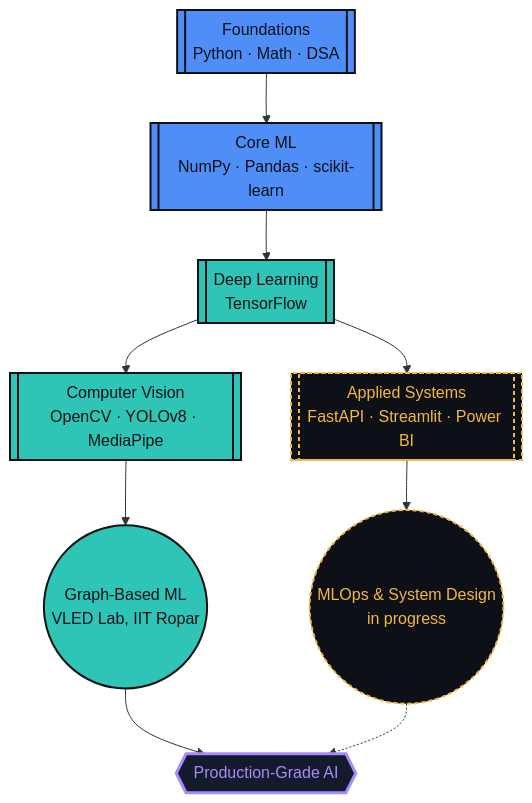
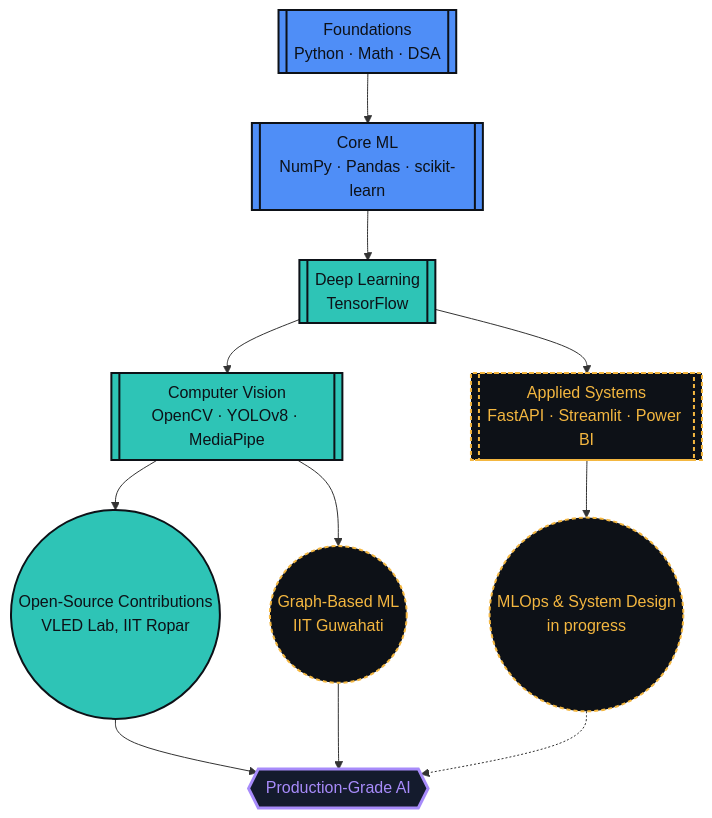
Before and after one commit to kanth071/kanth071: the first of 2 diagrams in README.md, drawn with Mermaid. The commit also changed other lines of this file, not shown here.

Commit message:
Update README: fix quote, remove Graph Analytics tag, correct IIT Ropar/Guwahati attribution, dedupe Journey section

````diff
--- a/README.md
+++ b/README.md
@@ -104,21 +104,23 @@
 ```mermaid
 flowchart TD
 A[["Foundations<br/>Python · Math · DSA"]] --> B[["Core ML<br/>NumPy · Pandas · scikit-learn"]]
 B --> C[["Deep Learning<br/>TensorFlow"]]
 C --> D[["Computer Vision<br/>OpenCV · YOLOv8 · MediaPipe"]]
 C --> E[["Applied Systems<br/>FastAPI · Streamlit · Power BI"]]
-D --> F(("Graph-Based ML<br/>VLED Lab, IIT Ropar"))
+D --> F(("Open-Source Contributions<br/>VLED Lab, IIT Ropar"))
+D --> I(("Graph-Based ML<br/>IIT Guwahati"))
 E --> G(("MLOps & System Design<br/>in progress"))
 F --> H{{"Production-Grade AI"}}
+I --> H
 G -.-> H
 
 classDef unlocked fill:#4F8EF7,stroke:#0D1117,color:#0D1117,stroke-width:2px;
 classDef mastered fill:#2EC4B6,stroke:#0D1117,color:#0D1117,stroke-width:2px;
 classDef inprogress fill:#0D1117,stroke:#F4B740,color:#F4B740,stroke-width:2px,stroke-dasharray:4 3;
 classDef frontier fill:#141B2D,stroke:#A78BFA,color:#A78BFA,stroke-width:3px;
 
 class A,B unlocked;
 class C,D,F mastered;
-class E,G inprogress;
+class E,G,I inprogress;
 class H frontier;
 ```
````
